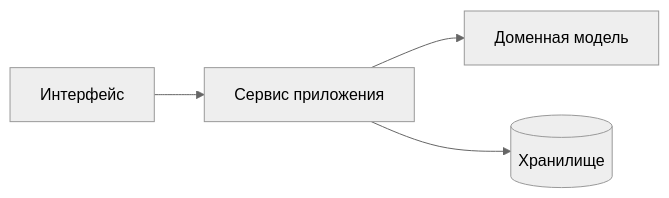
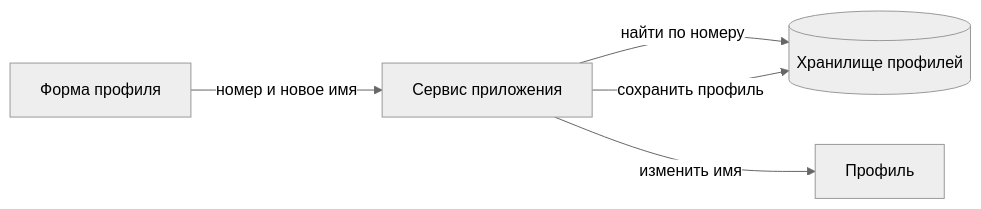
Before and after one commit to Kert0n/KPO: the diagram in content/intro/vitepress.md, drawn with Mermaid (neutral theme). The commit also changed other lines of this file, not shown here.

````diff
--- a/content/intro/vitepress.md
+++ b/content/intro/vitepress.md
@@ -227,6 +175,7 @@
 ```mermaid
 flowchart LR
-  UI[Интерфейс] --> App[Сервис приложения]
-  App --> Domain[Доменная модель]
-  App --> Repo[(Хранилище)]
+  UI["Форма профиля"] -->|"номер и новое имя"| App["Сервис приложения"]
+  App -->|"найти по номеру"| Repo[("Хранилище профилей")]
+  App -->|"изменить имя"| Domain["Профиль"]
+  App -->|"сохранить профиль"| Repo
 ```
````
